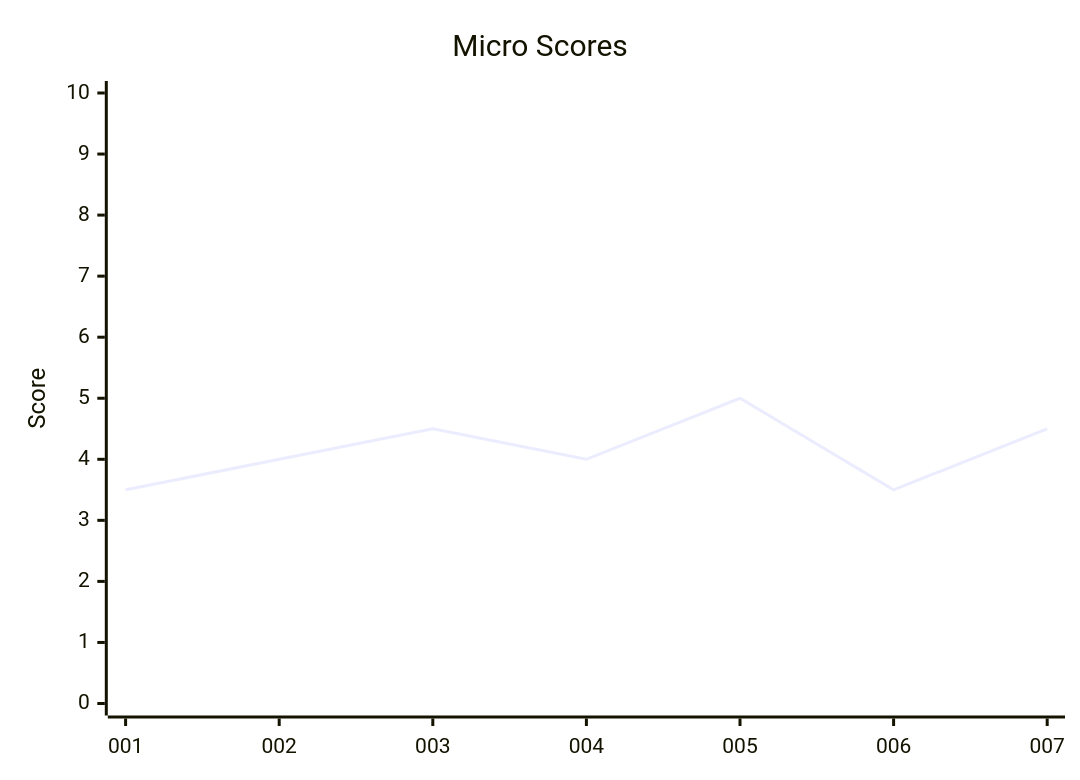
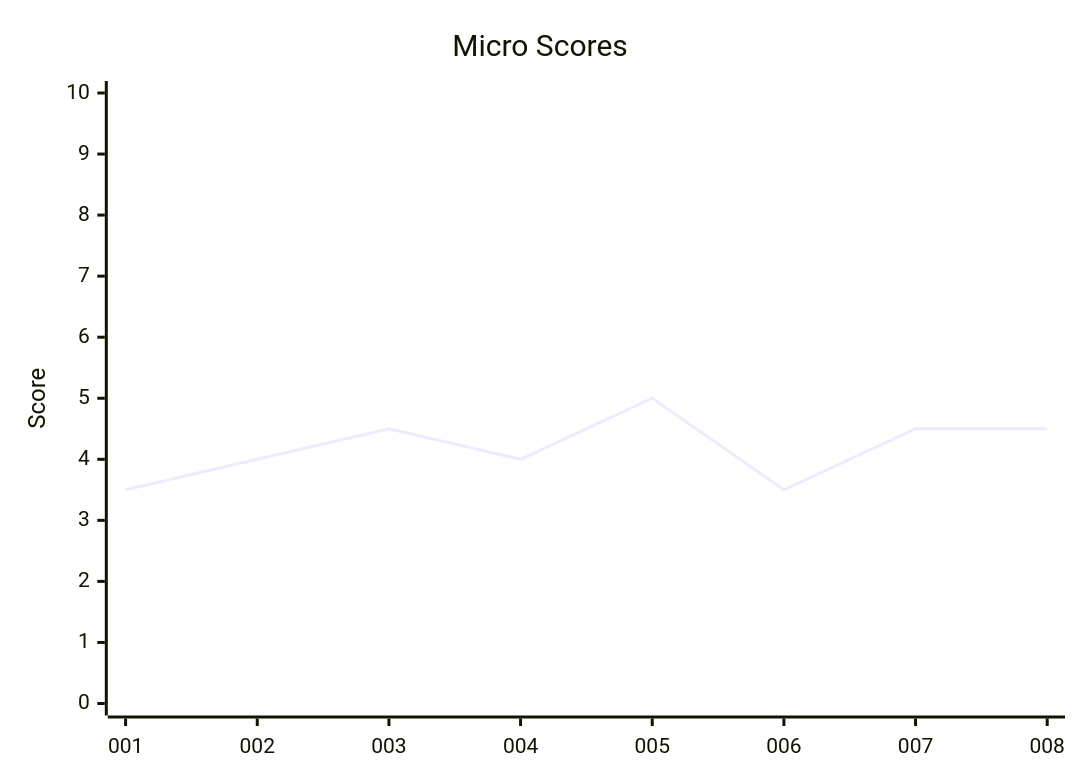
The diagram in README.md (ryancocuzzo/system-design), drawn with Mermaid before and after one commit. The commit also changed 2 other files, not shown here.

Commit message:
finish micro 8

````diff
--- a/README.md
+++ b/README.md
@@ -49,7 +49,7 @@
 ```mermaid
 xychart-beta
     title "Micro Scores"
-    x-axis [001, 002, 003, 004, 005, 006, 007]
+    x-axis [001, 002, 003, 004, 005, 006, 007, 008]
     y-axis "Score" 0 --> 10
-    line [3.5, 4, 4.5, 4, 5, 3.5, 4.5]
+    line [3.5, 4, 4.5, 4, 5, 3.5, 4.5, 4.5]
 ```
````
